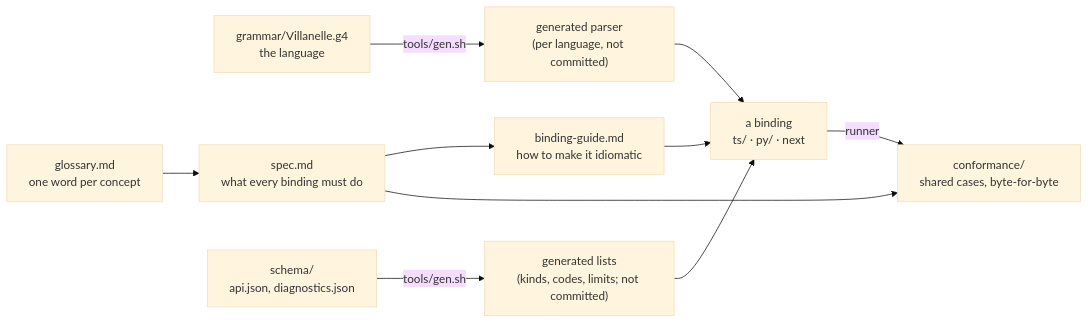
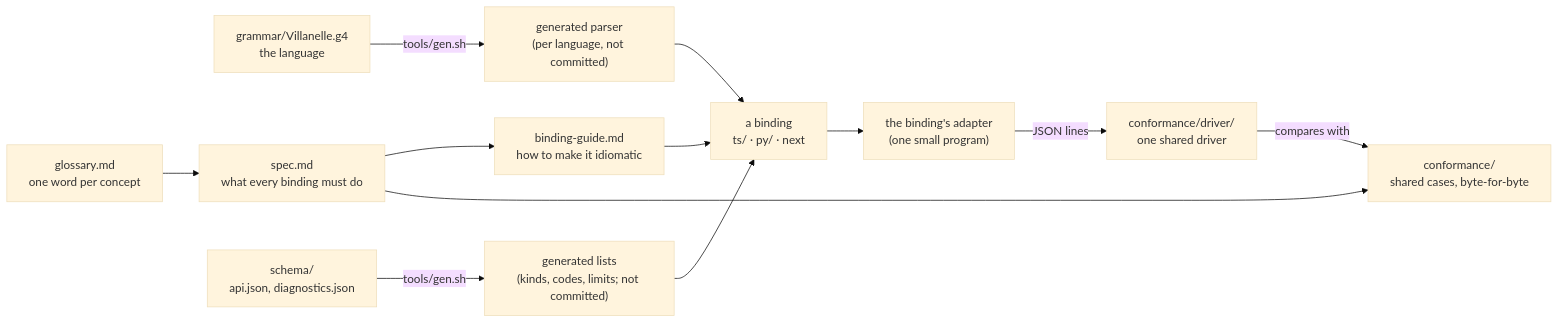
Before and after one commit to mcurcio/knobly: the diagram in spec/README.md, drawn with Mermaid (base theme). The commit also changed other lines of this file and 52 other files, not shown here.

First line of the commit message:
feat(conformance): one shared driver and an adapter protocol for every binding

````diff
--- a/spec/README.md
+++ b/spec/README.md
@@ -26,12 +26,14 @@
 ```mermaid
 flowchart LR
   G["grammar/Villanelle.g4<br/>the language"] -->|tools/gen.sh| P["generated parser<br/>(per language, not committed)"]
   S["spec.md<br/>what every binding must do"] --> DG["binding-guide.md<br/>how to make it idiomatic"]
   W["glossary.md<br/>one word per concept"] --> S
   SC["schema/<br/>api.json, diagnostics.json"] -->|tools/gen.sh| GL["generated lists<br/>(kinds, codes, limits; not committed)"]
   S --> C["conformance/<br/>shared cases, byte-for-byte"]
   P --> B["a binding<br/>ts/ · py/ · next"]
   GL --> B
   DG --> B
-  B -->|runner| C
+  B --> A["the binding's adapter<br/>(one small program)"]
+  A -->|"JSON lines"| D["conformance/driver/<br/>one shared driver"]
+  D -->|"compares with"| C
 ```
````
